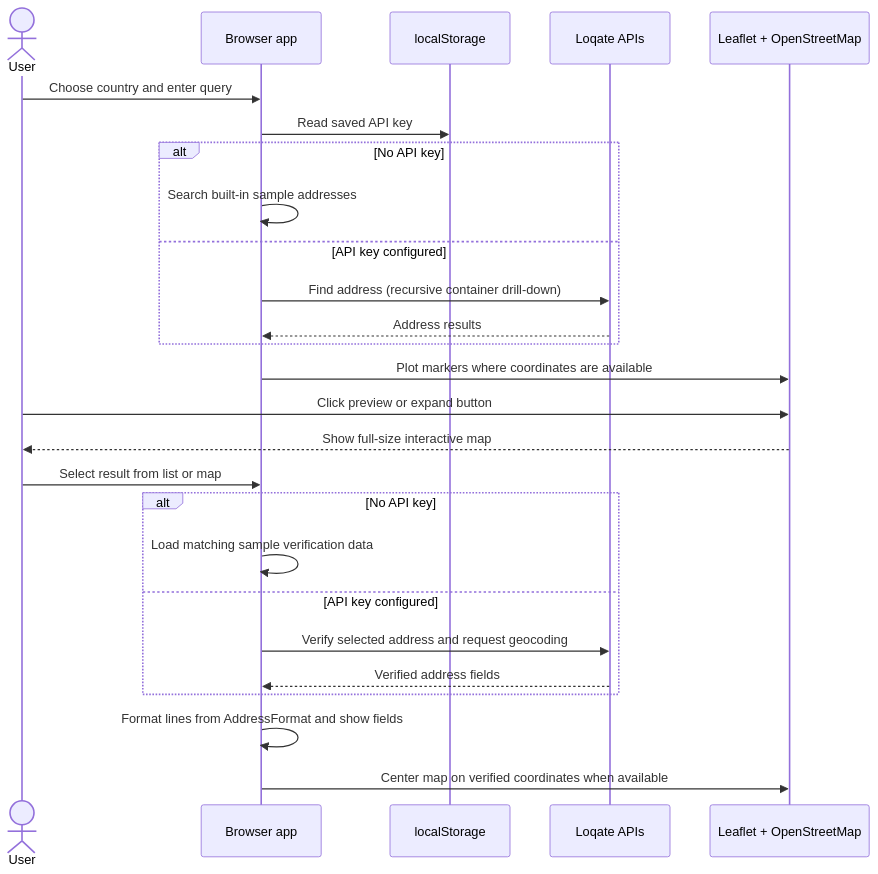
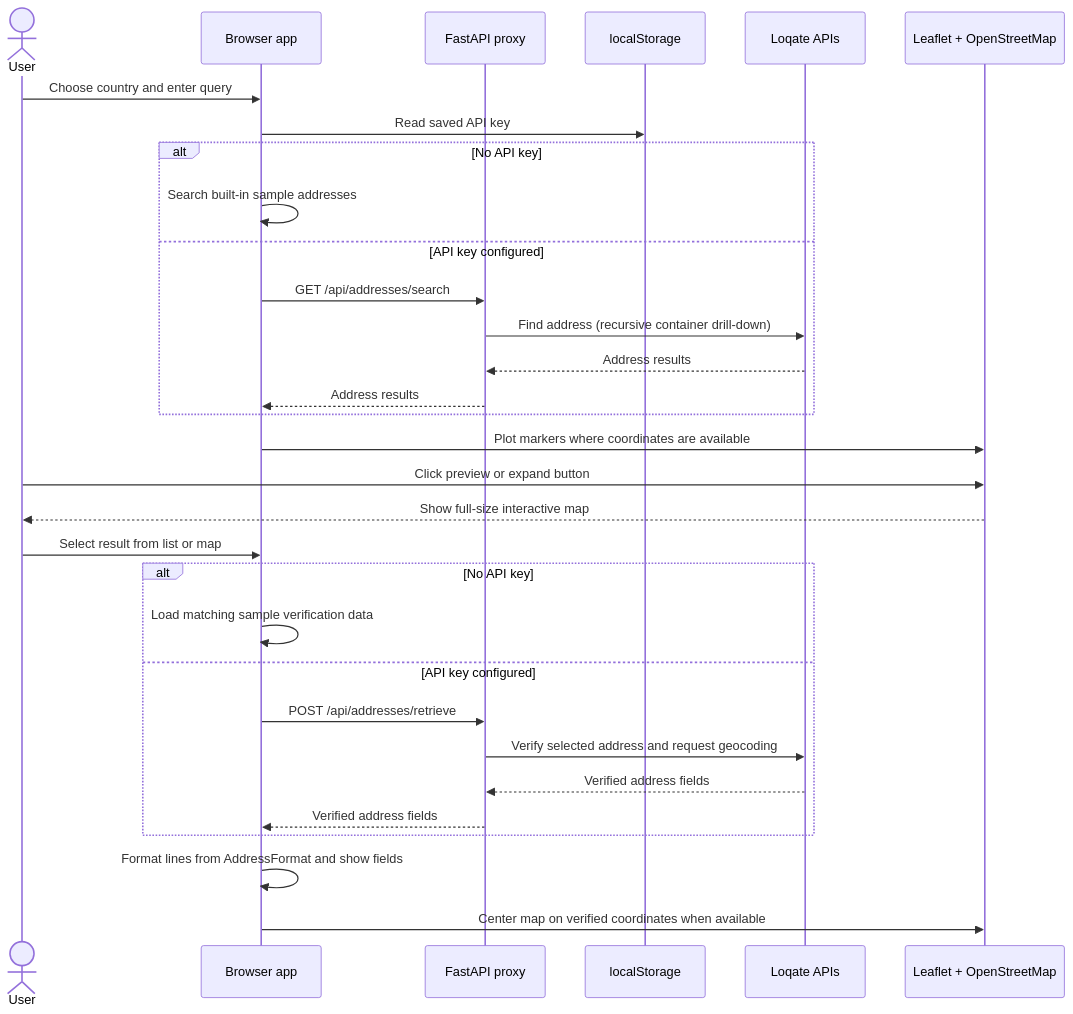
One commit to newportg/poc-address changed the second of 2 diagrams in docs/design.md. Above: the diagram before and after it, drawn with Mermaid. The commit also changed other lines of this file and 15 other files, not shown here.

First line of the commit message:
Refactor address POC to use FastAPI proxy for Loqate API requests

````diff
--- a/docs/design.md
+++ b/docs/design.md
@@ -36,29 +38,34 @@
 ```mermaid
 sequenceDiagram
     actor User
     participant App as Browser app
+    participant Proxy as FastAPI proxy
     participant Store as localStorage
     participant Loqate as Loqate APIs
     participant Map as Leaflet + OpenStreetMap
 
     User->>App: Choose country and enter query
     App->>Store: Read saved API key
     alt No API key
         App->>App: Search built-in sample addresses
     else API key configured
-        App->>Loqate: Find address (recursive container drill-down)
-        Loqate-->>App: Address results
+        App->>Proxy: GET /api/addresses/search
+        Proxy->>Loqate: Find address (recursive container drill-down)
+        Loqate-->>Proxy: Address results
+        Proxy-->>App: Address results
     end
     App->>Map: Plot markers where coordinates are available
     User->>Map: Click preview or expand button
     Map-->>User: Show full-size interactive map
     User->>App: Select result from list or map
     alt No API key
         App->>App: Load matching sample verification data
     else API key configured
-        App->>Loqate: Verify selected address and request geocoding
-        Loqate-->>App: Verified address fields
+        App->>Proxy: POST /api/addresses/retrieve
+        Proxy->>Loqate: Verify selected address and request geocoding
+        Loqate-->>Proxy: Verified address fields
+        Proxy-->>App: Verified address fields
     end
     App->>App: Format lines from AddressFormat and show fields
     App->>Map: Center map on verified coordinates when available
 ```
````
